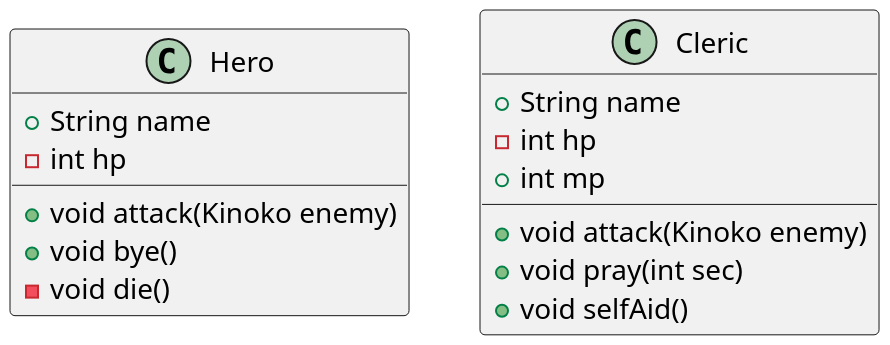
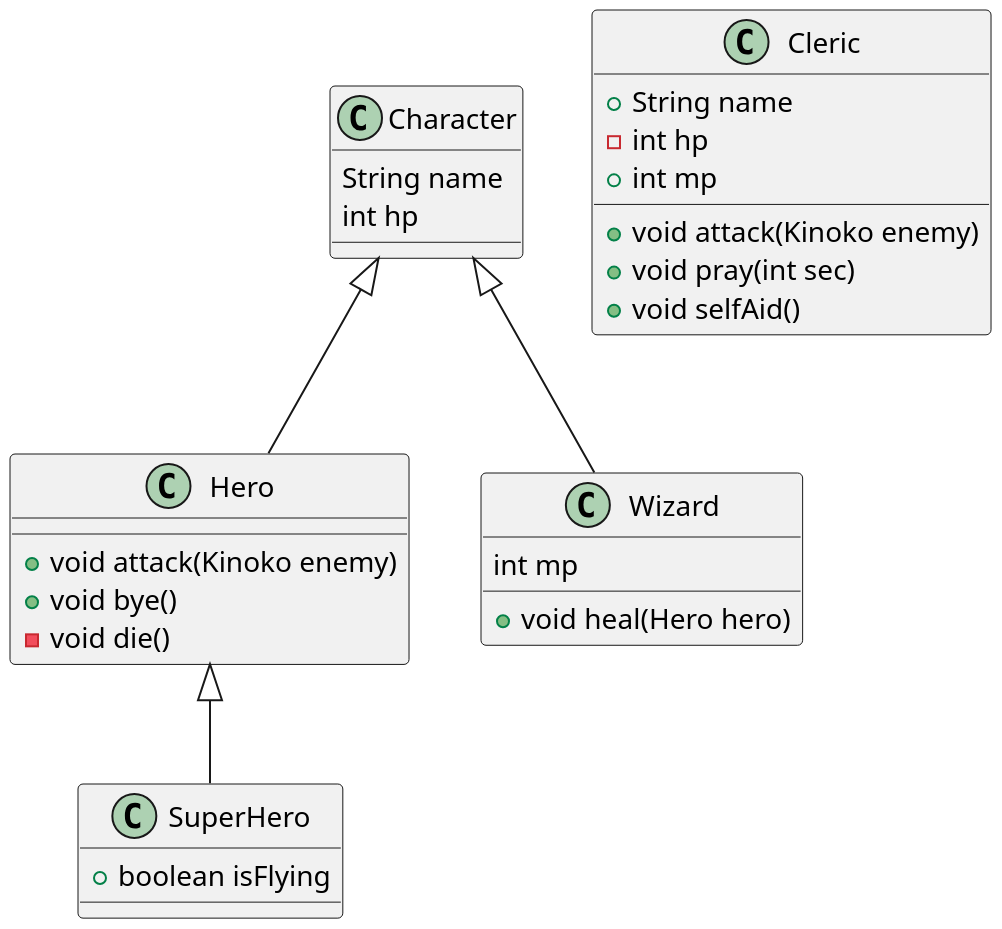
The diagram in src/main/java/com/survivalcoding/game.puml (SurvivalCodingCampus/polytech_java_study), drawn with PlantUML before and after one commit. The commit also changed 3 other files, not shown here.

```diff
--- a/src/main/java/com/survivalcoding/game.puml
+++ b/src/main/java/com/survivalcoding/game.puml
@@ -1,25 +1,36 @@
 @startuml
 'https://plantuml.com/class-diagram
 
 scale 2
 
-class Hero {
-    + String name
-    - int hp
+class SuperHero extends Hero {
+    + boolean isFlying
+}
 
+class Character {
+    String name
+    int hp
+}
+
+class Wizard extends Character {
+    int mp
+    + void heal(Hero hero)
+}
+
+class Hero extends Character {
     + void attack(Kinoko enemy)
     + void bye()
     - void die()
 }
 
 class Cleric {
     + String name
     - int hp
     + int mp
 
     + void attack(Kinoko enemy)
     + void pray(int sec)
     + void selfAid()
 }
 
 @enduml
```
